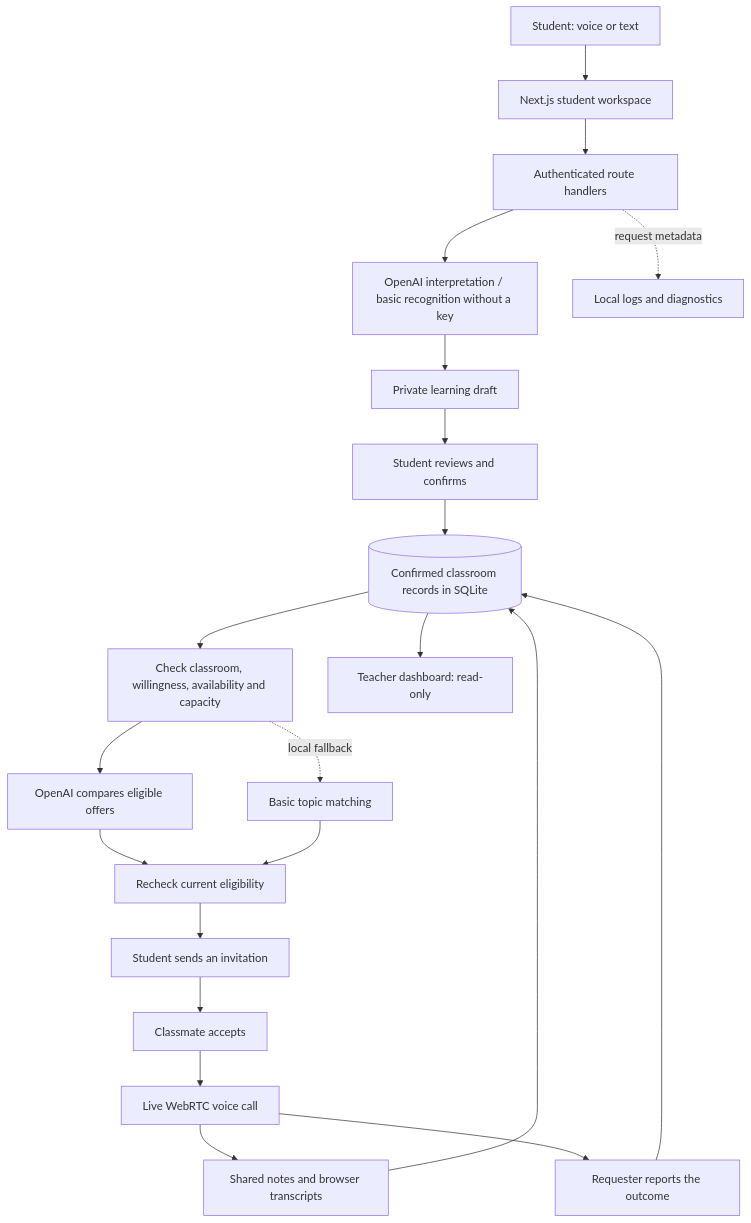
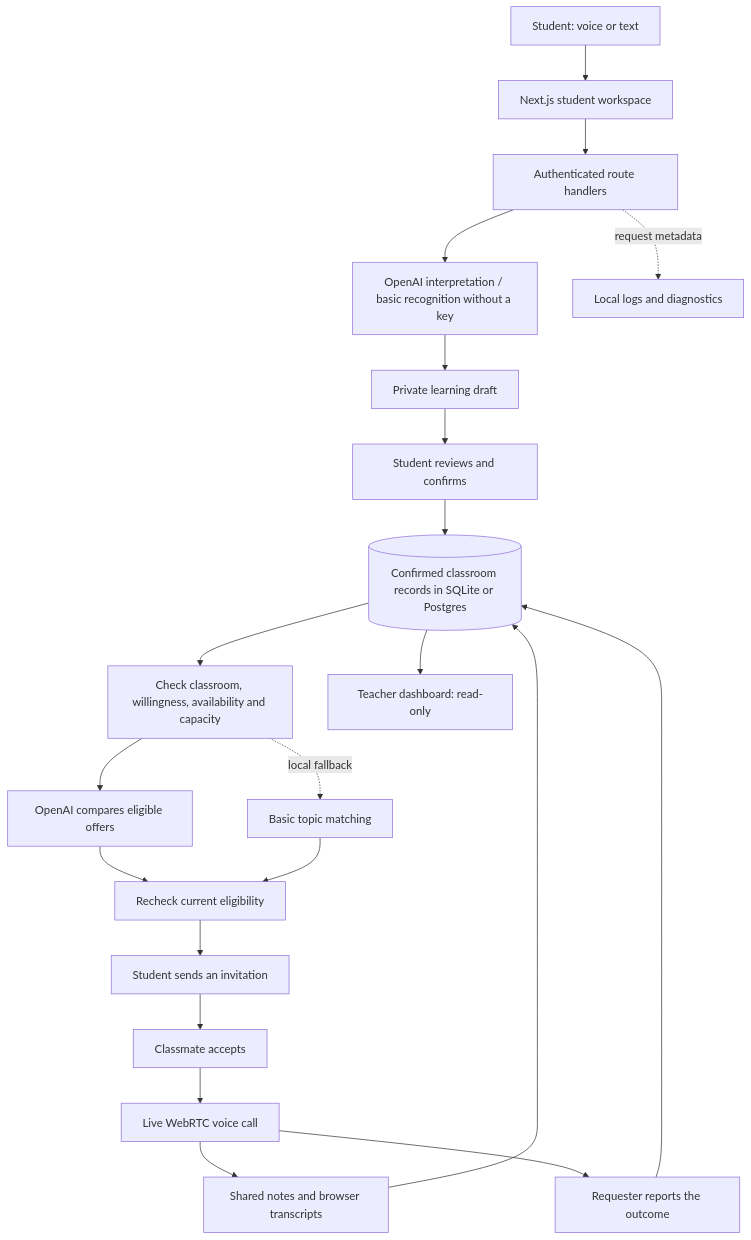
One commit to bhuvan1201/FavourLoop changed the diagram in README.md. Above: the diagram before and after it, drawn with Mermaid. The commit also changed other lines of this file and 24 other files, not shown here.

````diff
--- a/README.md
+++ b/README.md
@@ -44,23 +44,23 @@
 ```mermaid
 flowchart TD
     Student[Student: voice or text] --> UI[Next.js student workspace]
     UI --> API[Authenticated route handlers]
     API --> Interpret[OpenAI interpretation / basic recognition without a key]
     Interpret --> Draft[Private learning draft]
     Draft --> Review[Student reviews and confirms]
-    Review --> Records[(Confirmed classroom records in SQLite)]
+    Review --> Records[(Confirmed classroom records in SQLite or Postgres)]
     Records --> Eligibility[Check classroom, willingness, availability and capacity]
     Eligibility --> AI[OpenAI compares eligible offers]
     Eligibility -. local fallback .-> Local[Basic topic matching]
     AI --> Recheck[Recheck current eligibility]
     Local --> Recheck
     Recheck --> Invite[Student sends an invitation]
     Invite --> Accept[Classmate accepts]
     Accept --> Call[Live WebRTC voice call]
     Call --> Shared[Shared notes and browser transcripts]
     Shared --> Records
     Call --> Outcome[Requester reports the outcome]
     Outcome --> Records
     Records --> Teacher[Teacher dashboard: read-only]
     API -. request metadata .-> Logs[Local logs and diagnostics]
 ```
````
